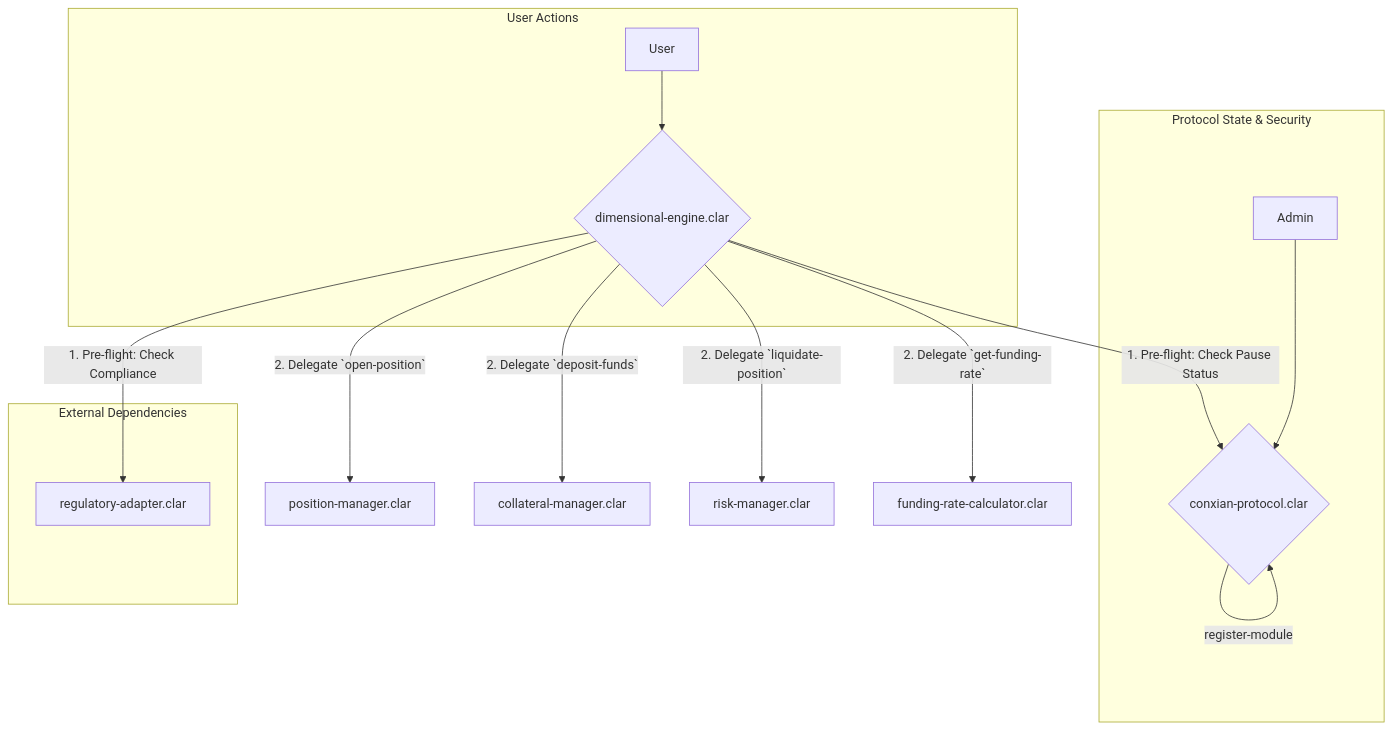
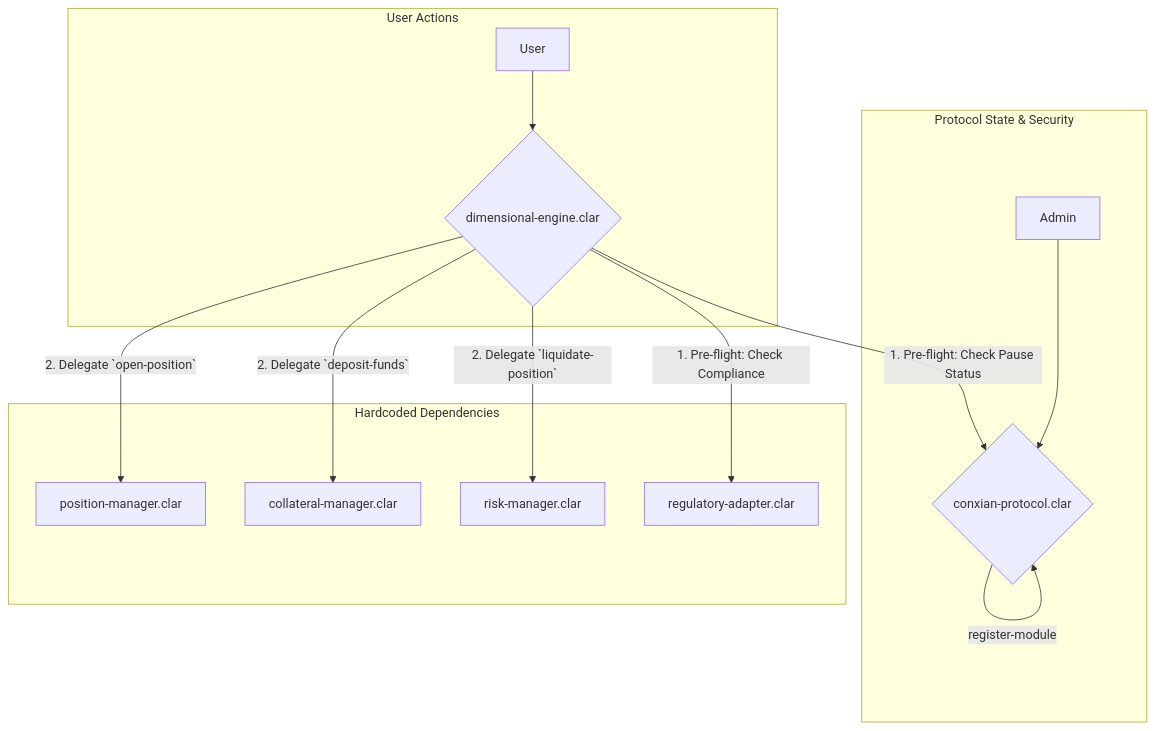
Before and after one commit to Anya-org/Conxian: the diagram in contracts/core/README.md, drawn with Mermaid. The commit also changed other lines of this file and 10 other files, not shown here.

````diff
--- a/contracts/core/README.md
+++ b/contracts/core/README.md
@@ -25,24 +27,26 @@
 ```mermaid
 graph TD
     subgraph "User Actions"
         A[User] --> B{dimensional-engine.clar};
     end
 
     subgraph "Protocol State & Security"
         G[Admin] --> H{conxian-protocol.clar};
         H -- set-paused --> H;
         H -- register-module --> H;
     end
 
-    subgraph "External Dependencies"
+    subgraph "Hardcoded Dependencies"
+        C[position-manager.clar]
+        D[collateral-manager.clar]
+        F[risk-manager.clar]
         I[regulatory-adapter.clar]
     end
 
     B -- 1. Pre-flight: Check Compliance --> I;
     B -- 1. Pre-flight: Check Pause Status --> H;
 
-    B -- 2. Delegate `open-position` --> C[position-manager.clar];
-    B -- 2. Delegate `deposit-funds` --> D[collateral-manager.clar];
-    B -- 2. Delegate `liquidate-position` --> F[risk-manager.clar];
-    B -- 2. Delegate `get-funding-rate` --> E[funding-rate-calculator.clar];
+    B -- 2. Delegate `open-position` --> C;
+    B -- 2. Delegate `deposit-funds` --> D;
+    B -- 2. Delegate `liquidate-position` --> F;
 ```
````
